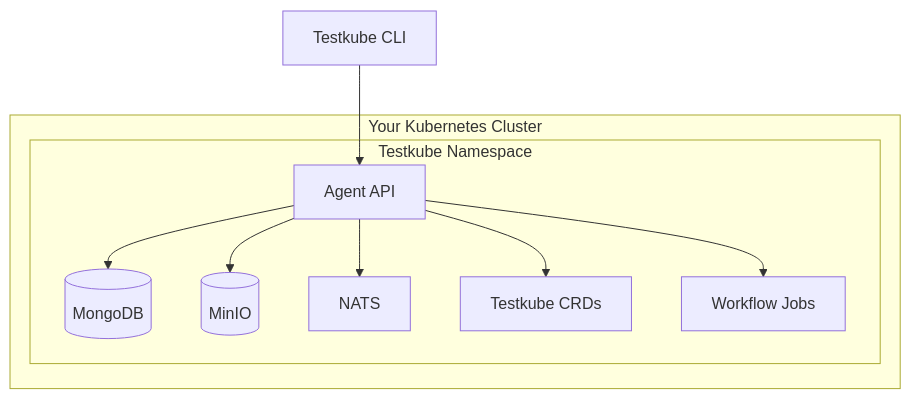
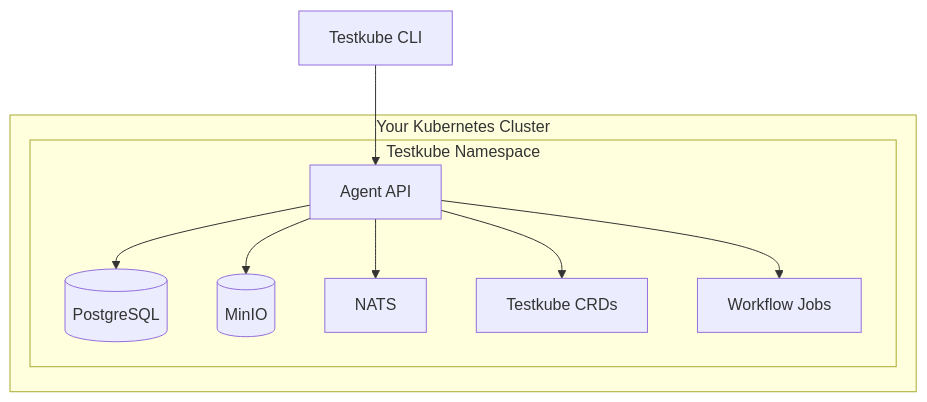
Before and after one commit to kubeshop/testkube-docs: the third of 3 diagrams in docs/articles/install/0-overview.mdx, drawn with Mermaid. The commit also changed other lines of this file and 3 other files, not shown here.

First line of the commit message:
add PostgreSQL docs (#526)

````diff
--- a/docs/articles/install/0-overview.mdx
+++ b/docs/articles/install/0-overview.mdx
@@ -128,22 +128,22 @@
 ```mermaid
 flowchart TB
     CLI["Testkube CLI"]
 
     subgraph Your Kubernetes Cluster
         subgraph Testkube Namespace
             AgentAPI["Agent API"]
-            DB[("MongoDB")]
+            DB[("PostgreSQL")]
             S3[("MinIO")]
             NATS["NATS"]
             CRDs["Testkube CRDs"]
             WF["Workflow Jobs"]
         end
     end
 
     CLI --> AgentAPI
     AgentAPI --> DB
     AgentAPI --> S3
     AgentAPI --> NATS
     AgentAPI --> CRDs
     AgentAPI --> WF
 ```
````
